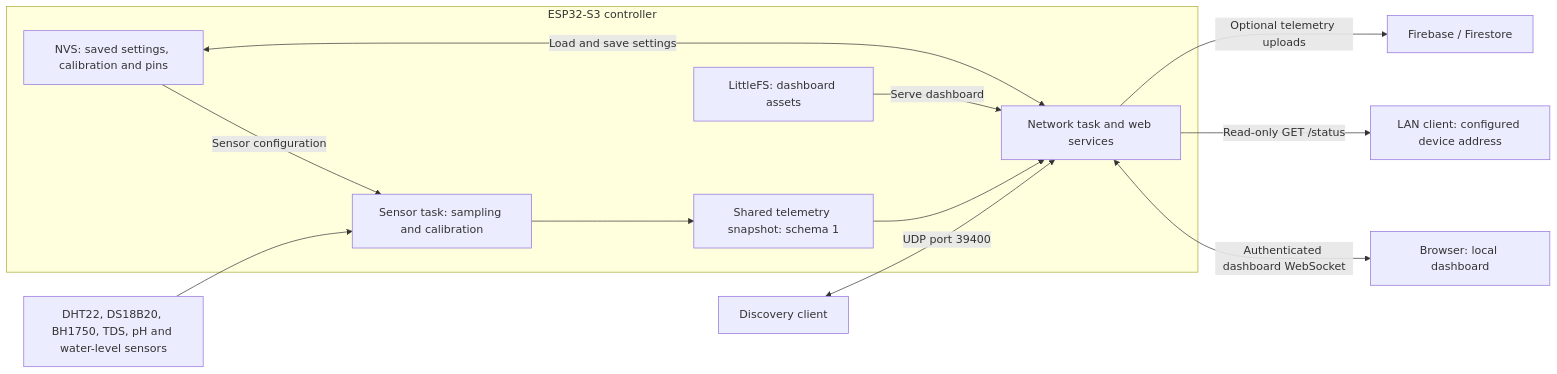
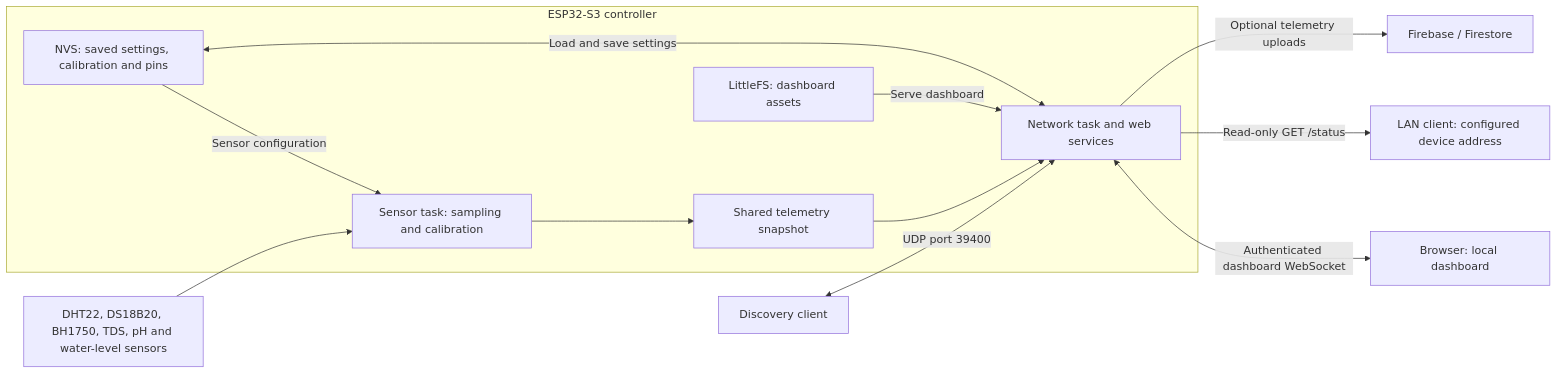
Before and after one commit to Vaibhavsh0120/HyGrow_IoT: the diagram in README.md, drawn with Mermaid. The commit also changed other lines of this file and 23 other files, not shown here.

````diff
--- a/README.md
+++ b/README.md
@@ -19,23 +19,23 @@
 ```mermaid
 flowchart LR
     Sensors["DHT22, DS18B20, BH1750, TDS, pH and water-level sensors"]
 
     subgraph Controller["ESP32-S3 controller"]
         Sampling["Sensor task: sampling and calibration"]
-        Snapshot["Shared telemetry snapshot: schema 1"]
+        Snapshot["Shared telemetry snapshot"]
         Network["Network task and web services"]
         NVS["NVS: saved settings, calibration and pins"]
         Files["LittleFS: dashboard assets"]
         Sampling --> Snapshot
         Snapshot --> Network
         NVS -->|Sensor configuration| Sampling
         NVS <-->|Load and save settings| Network
         Files -->|Serve dashboard| Network
     end
 
     Sensors --> Sampling
     Network <-->|Authenticated dashboard WebSocket| Browser["Browser: local dashboard"]
     Network -->|Read-only GET /status| Client["LAN client: configured device address"]
     Discovery["Discovery client"] <-->|UDP port 39400| Network
     Network -->|Optional telemetry uploads| Cloud["Firebase / Firestore"]
 ```
````
